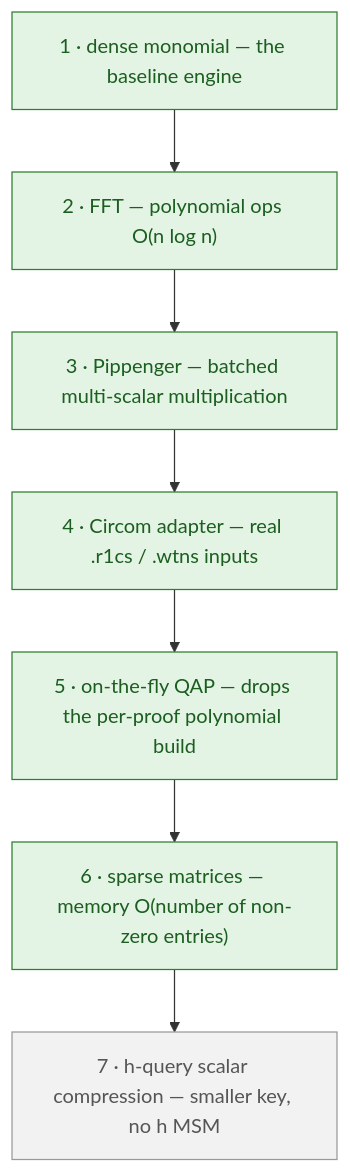
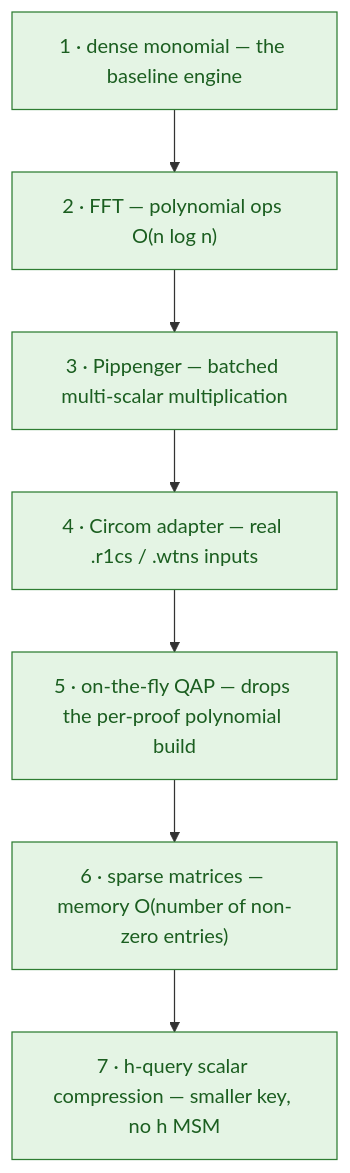
Before and after one commit to cardano-foundation/bls: the first of 8 diagrams in tutorials/optimization.md, drawn with Mermaid. The commit also changed other lines of this file, not shown here.

````diff
--- a/tutorials/optimization.md
+++ b/tutorials/optimization.md
@@ -138,13 +138,11 @@
 ```mermaid
 flowchart TB
     R1["1 · dense monomial — the baseline engine"] --> R2["2 · FFT — polynomial ops O(n log n)"]
     R2 --> R3["3 · Pippenger — batched multi-scalar multiplication"]
     R3 --> R4["4 · Circom adapter — real .r1cs / .wtns inputs"]
     R4 --> R5["5 · on-the-fly QAP — drops the per-proof polynomial build"]
     R5 --> R6["6 · sparse matrices — memory O(number of non-zero entries)"]
     R6 --> R7["7 · h-query scalar compression — smaller key, no h MSM"]
-    class R1,R2,R3,R4,R5,R6 built
-    class R7 planned
+    class R1,R2,R3,R4,R5,R6,R7 built
     classDef built fill:#e4f4e4,stroke:#2e7d32,color:#1b5e20
-    classDef planned fill:#f2f2f2,stroke:#999,color:#555
 ```
````
